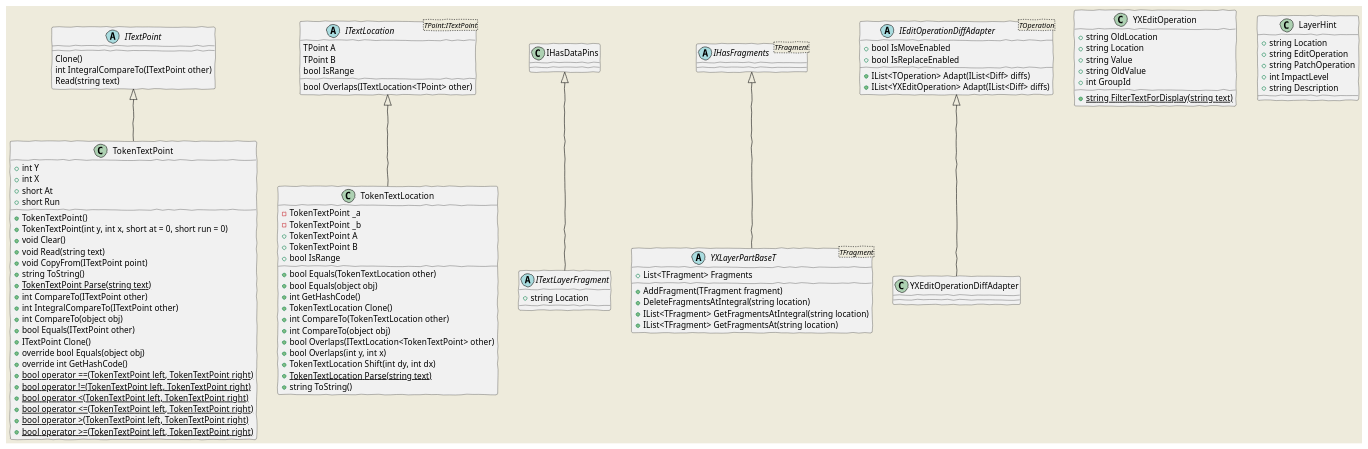
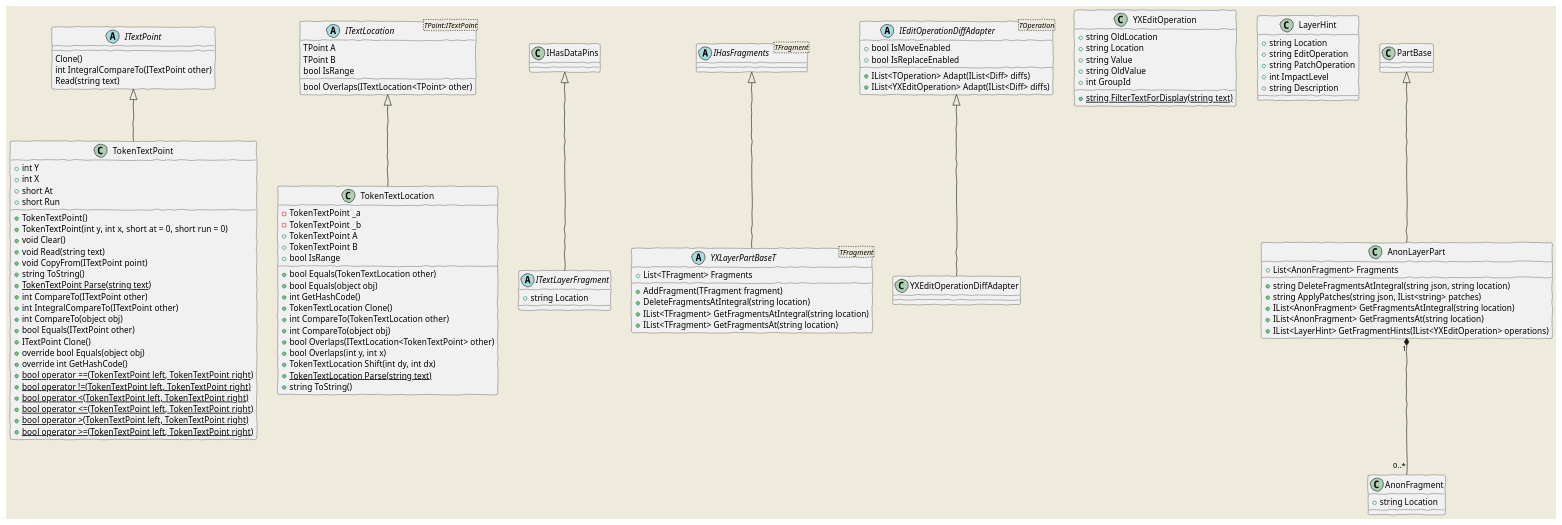
The second of 4 diagrams in Doc/core.md (vedph/cadmus_core), drawn with PlantUML before and after one commit.

````diff
--- a/Doc/core.md
+++ b/Doc/core.md
@@ -294,5 +294,16 @@
     LayerHint : +string PatchOperation
     LayerHint : +int ImpactLevel
     LayerHint : +string Description
+
+    PartBase <|-- AnonLayerPart
+    AnonLayerPart : +List<AnonFragment> Fragments
+    AnonLayerPart : +string DeleteFragmentsAtIntegral(string json, string location)
+    AnonLayerPart : +string ApplyPatches(string json, IList<string> patches)
+    AnonLayerPart : +IList<AnonFragment> GetFragmentsAtIntegral(string location)
+    AnonLayerPart : +IList<AnonFragment> GetFragmentsAt(string location)
+    AnonLayerPart : +IList<LayerHint> GetFragmentHints(IList<YXEditOperation> operations)
+    AnonLayerPart "1"*--"0..*" AnonFragment
+
+    AnonFragment : +string Location
 @enduml
 ```
````
